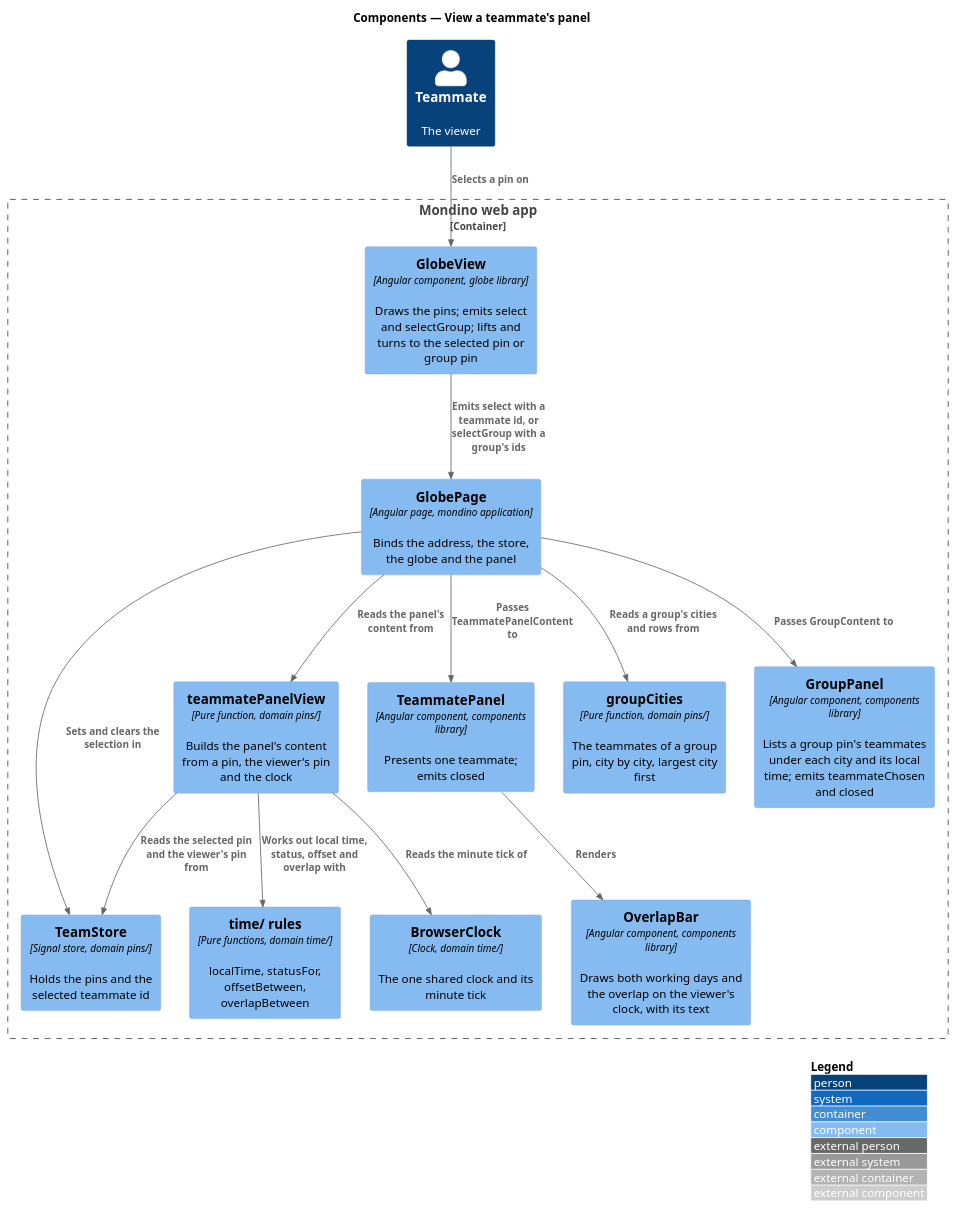
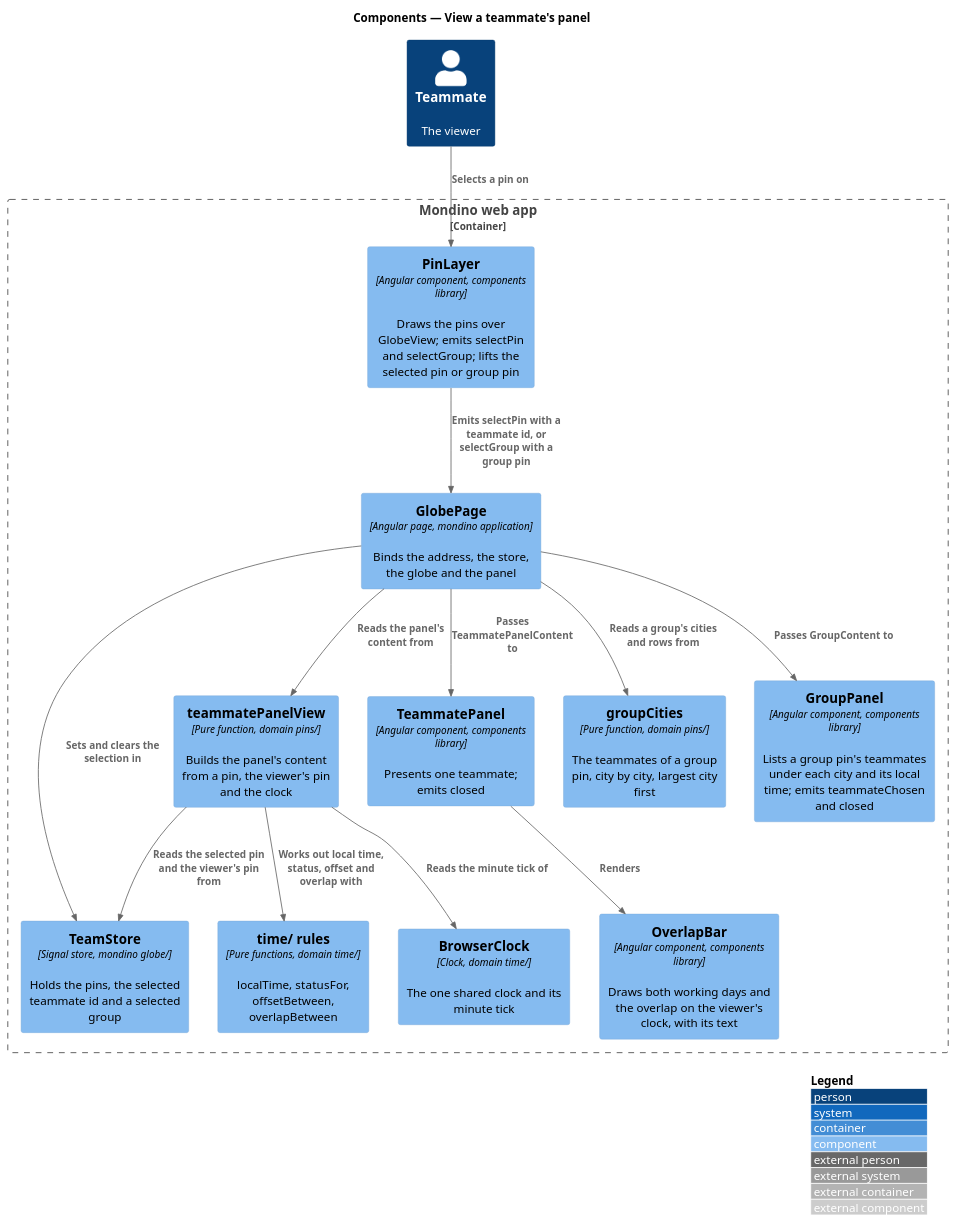
Before and after one commit to QuinntyneBrown/Mondino: the diagram in docs/detailed-designs/team/view-teammate-panel/diagrams/c4-component.puml, drawn with PlantUML. The commit also changed 10 other files, not shown here.

First line of the commit message:
Align the teammate panel's design with the mocks and the Globe as built

```diff
--- a/docs/detailed-designs/team/view-teammate-panel/diagrams/c4-component.puml
+++ b/docs/detailed-designs/team/view-teammate-panel/diagrams/c4-component.puml
@@ -1,30 +1,30 @@
 @startuml
 !include <C4/C4_Component>
 LAYOUT_WITH_LEGEND()
 title Components — View a teammate's panel
 
 Person(teammate, "Teammate", "The viewer")
 Container_Boundary(web, "Mondino web app") {
   Component(page, "GlobePage", "Angular page, mondino application", "Binds the address, the store, the globe and the panel")
-  Component(globe, "GlobeView", "Angular component, globe library", "Draws the pins; emits select and selectGroup; lifts and turns to the selected pin or group pin")
-  Component(store, "TeamStore", "Signal store, domain pins/", "Holds the pins and the selected teammate id")
+  Component(globe, "PinLayer", "Angular component, components library", "Draws the pins over GlobeView; emits selectPin and selectGroup; lifts the selected pin or group pin")
+  Component(store, "TeamStore", "Signal store, mondino globe/", "Holds the pins, the selected teammate id and a selected group")
   Component(view, "teammatePanelView", "Pure function, domain pins/", "Builds the panel's content from a pin, the viewer's pin and the clock")
   Component(time, "time/ rules", "Pure functions, domain time/", "localTime, statusFor, offsetBetween, overlapBetween")
   Component(clock, "BrowserClock", "Clock, domain time/", "The one shared clock and its minute tick")
   Component(panel, "TeammatePanel", "Angular component, components library", "Presents one teammate; emits closed")
   Component(overlap, "OverlapBar", "Angular component, components library", "Draws both working days and the overlap on the viewer's clock, with its text")
   Component(rows, "groupCities", "Pure function, domain pins/", "The teammates of a group pin, city by city, largest city first")
   Component(group, "GroupPanel", "Angular component, components library", "Lists a group pin's teammates under each city and its local time; emits teammateChosen and closed")
 }
 Rel(teammate, globe, "Selects a pin on")
-Rel(globe, page, "Emits select with a teammate id, or selectGroup with a group's ids")
+Rel(globe, page, "Emits selectPin with a teammate id, or selectGroup with a group pin")
 Rel(page, rows, "Reads a group's cities and rows from")
 Rel(page, group, "Passes GroupContent to")
 Rel(page, store, "Sets and clears the selection in")
 Rel(page, view, "Reads the panel's content from")
 Rel(view, store, "Reads the selected pin and the viewer's pin from")
 Rel(view, time, "Works out local time, status, offset and overlap with")
 Rel(view, clock, "Reads the minute tick of")
 Rel(page, panel, "Passes TeammatePanelContent to")
 Rel(panel, overlap, "Renders")
 @enduml
```
